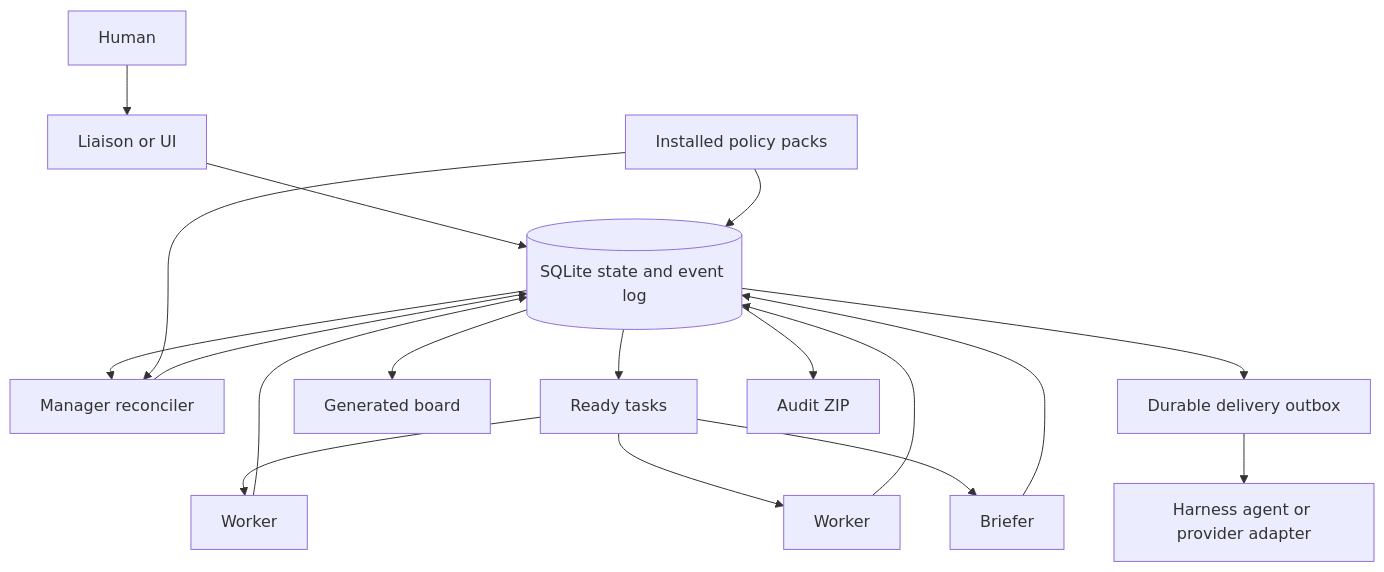
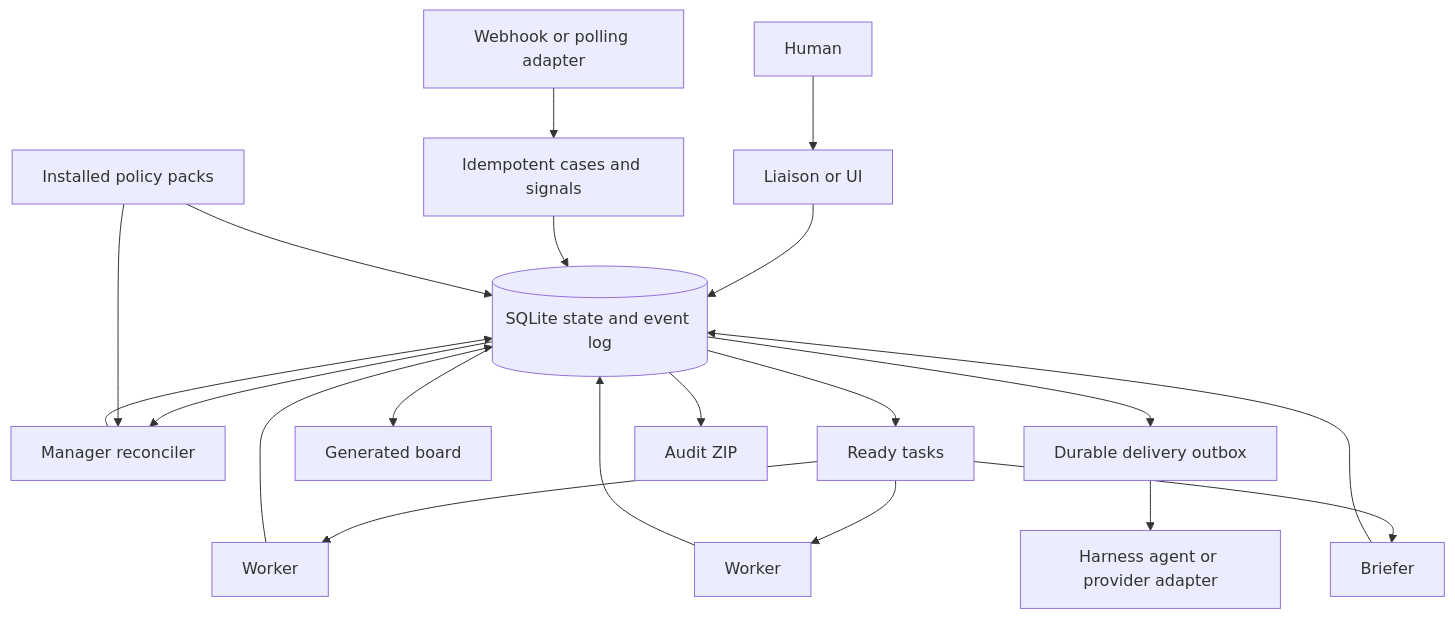
The diagram in README.md (okhwaja/swarmkit), drawn with Mermaid before and after one commit. The commit also changed other lines of this file and 25 other files, not shown here.

````diff
--- a/README.md
+++ b/README.md
@@ -25,20 +25,22 @@
 ```mermaid
 flowchart TD
     H[Human] --> L[Liaison or UI]
     L --> DB[(SQLite state and event log)]
+    I[Webhook or polling adapter] --> C[Idempotent cases and signals]
+    C --> DB
     DB --> M[Manager reconciler]
     M --> DB
     P[Installed policy packs] --> M
     P --> DB
     DB --> Q[Ready tasks]
     Q --> W1[Worker]
     Q --> W2[Worker]
     Q --> B[Briefer]
     W1 --> DB
     W2 --> DB
     B --> DB
     DB --> V[Generated board]
     DB --> O[Durable delivery outbox]
     O --> E[Harness agent or provider adapter]
     DB --> X[Audit ZIP]
 ```
````
